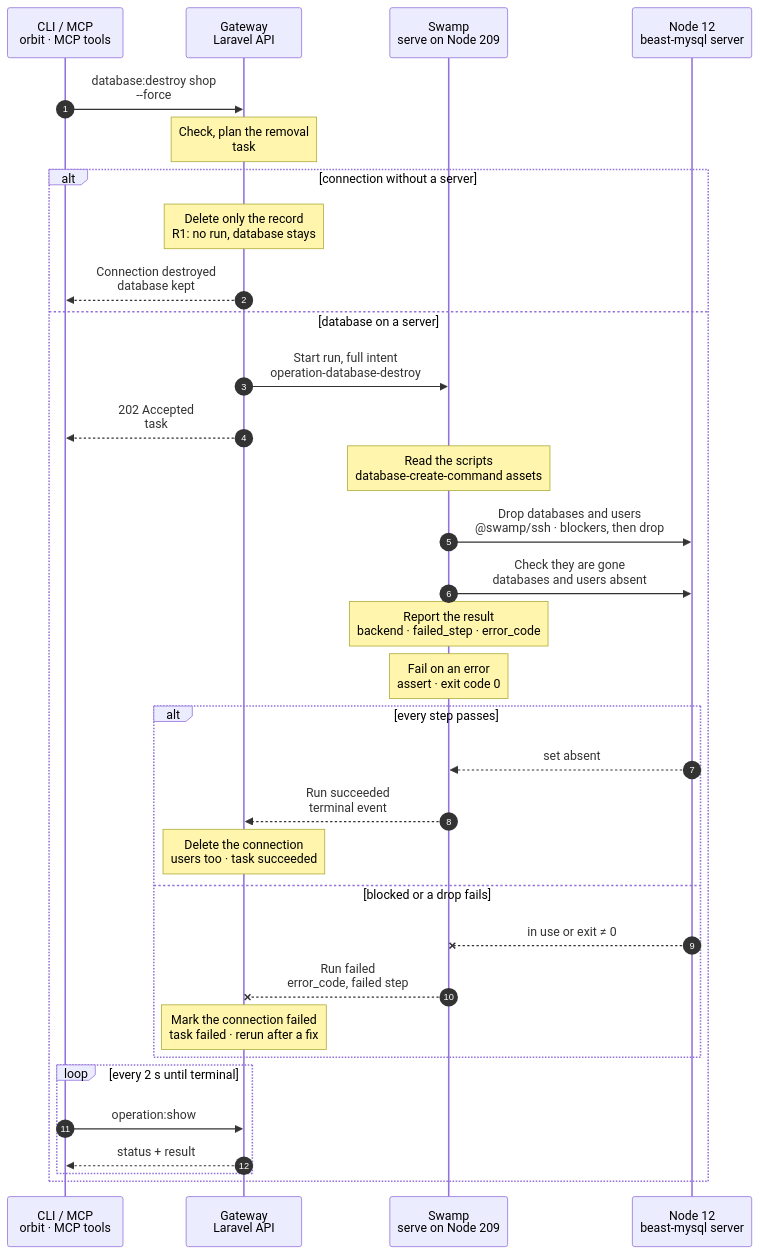
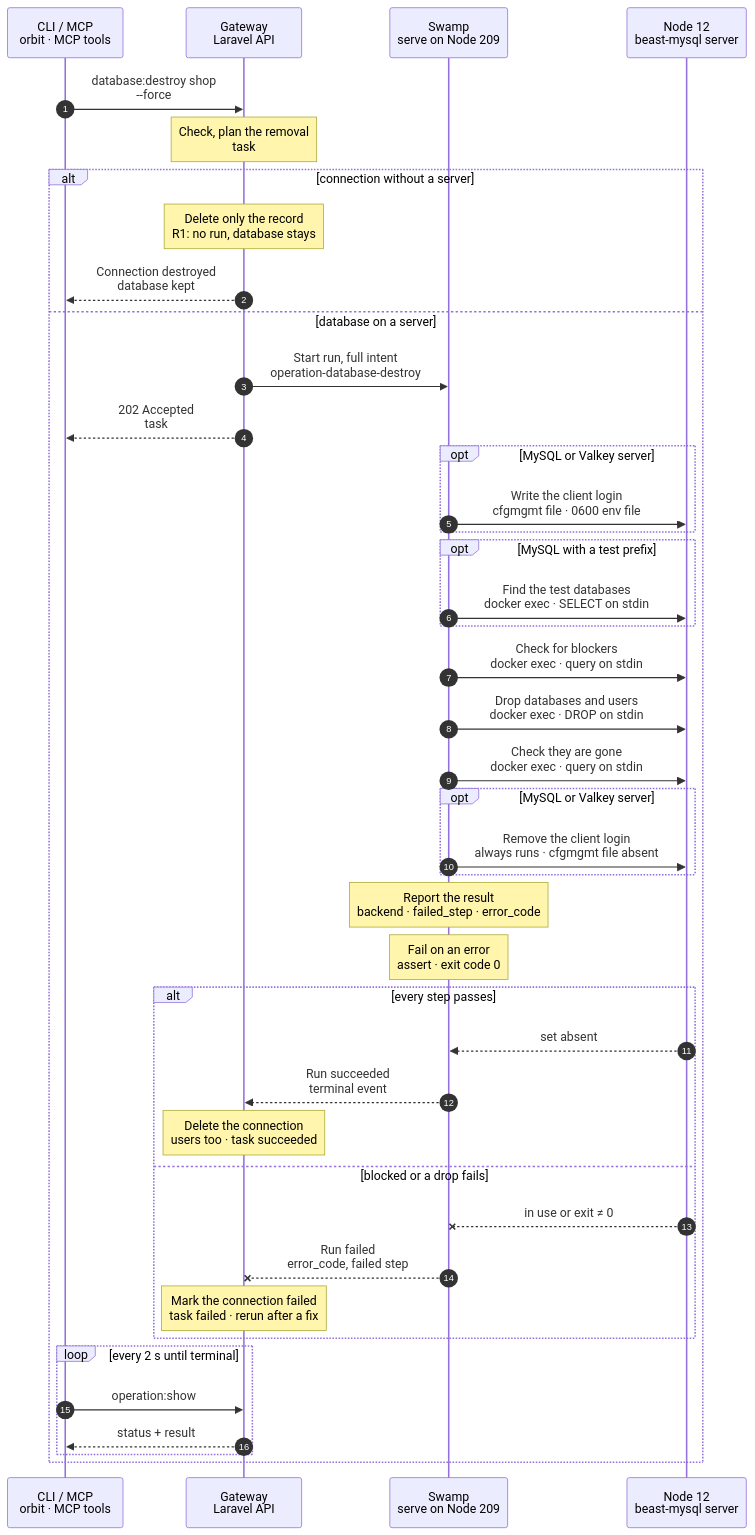
Before and after one commit to hardimpactdev/orbit: the diagram in docs/flows/database.destroy.mmd, drawn with Mermaid. The commit also changed 21 other files, not shown here.

```diff
--- a/docs/flows/database.destroy.mmd
+++ b/docs/flows/database.destroy.mmd
@@ -1,128 +1,147 @@
 sequenceDiagram
-  %% Target design: ADR 0244 task, DECISIONS R1-R4, 5 (swamp role SSH identity), round 2 bugs (server admin password by its own vault key), flow-tighten (rules 6, 22: no ownership probe or fence, scripts in argv). docs/reference/database-servers.md#remove-a-database.
+  %% Target design: ADR 0244 task, DECISIONS R1-R4, 5 (swamp role SSH identity), round 2 bugs (server admin password by its own vault key), flow-tighten (rule 22: no ownership probe or fence), script audit Q-DBAUTH (one docker exec per action, statement on stdin) and Q-SECRET (login file via cfgmgmt file). docs/reference/database-servers.md#remove-a-database.
   %% status: draft
   %% command: database:destroy
   autonumber
   %% lane CLI icon=terminal pill=caller tone=gray
   %% lane GW icon=gateway pill=intent tone=blue
   %% lane SW icon=workflow pill=executes tone=green
   %% lane N icon=server pill=target tone=amber
   participant CLI as CLI / MCP<br/>orbit · MCP tools
   participant GW as Gateway<br/>Laravel API
   participant SW as Swamp<br/>serve on Node 209
   participant N as Node 12<br/>beast-mysql server
   CLI->>GW: database:destroy shop<br/>--force
   %%> Command:
   %%> - `orbit database:destroy shop --force`
   %%> - syntax: `<slug> [--force] [--idempotency-key=KEY]`
   %%> Input:
   %%> - the connection slug, as `database:list` shows it
   %%> Confirmation:
   %%> - without `--force`, the CLI asks first; the default is No
   %%> - with `--json` or without a terminal, `--force` is required (`database.confirmation_required`)
   Note over GW: Check, plan the removal<br/>task #5124 · lock beast-mysql
   %%> Requirements:
   %%> - your Node has an access grant to Node 12
   %%> - no Instance attaches `shop` (`database.connection_attached`); detach with `instance:database:remove` first
   %%> - AI router setup and Analytics do not use it
   %%> - no database creation or other removal runs on `beast-mysql`; the Gateway holds one lock per Database server
   %%> Plans:
   %%> - the databases: `shop`, its test database and, on PostgreSQL, the recorded test pool
   %%> - the users Orbit created for `shop` that no other connection on the server uses
   %%> - system databases such as `mysql` or `postgres` are refused before any run
   %%> Decides:
   %%> - whether only the record goes, or the database must leave the server
   alt connection without a server
     Note over GW: Delete only the record<br/>R1: no run, database stays
     %%> When:
     %%> - a registered external database or SQLite file, or a Valkey connection that logs in as `default`
     %%> Result:
     %%> - connection `shop` is deleted
     %%> - the database itself stays where it is; Orbit never created it
     %%> - no Swamp run starts (R1)
     GW-->>CLI: Connection destroyed<br/>database kept
     %%> What you get:
     %%> - the final result at once; there is nothing to follow
   else database on a server
     GW->>SW: Start run, full intent<br/>operation-database-destroy
     %%> What it does:
     %%> - starts one Swamp run on serve (Node 209)
     %%> Inputs:
     %%> - the planned databases, test prefix, test pool and unshared users
     %%> - the vault key name `database-server-3-admin`; the admin password itself never enters the intent
     %%> - Node 12's address and SSH host keys; the SSH identity comes from the `swamp` role
     GW-->>CLI: 202 Accepted<br/>task #5124
     %%> What you get:
     %%> - the task number, at once
     %%> Next:
     %%> - the CLI follows the task with `operation:show`
-    Note over SW: Read the scripts<br/>database-create-command assets
+    opt MySQL or Valkey server
+      SW->>N: Write the client login<br/>cfgmgmt file · 0600 env file
+      %%> What it does:
+      %%> - writes the server's admin login, from its vault key `database-server-3-client-env`, to a root-only 0600 file
+      %%> Why:
+      %%> - `docker exec --env-file` hands it to the client; it never enters argv, stdin or a statement
+      %%> Not included:
+      %%> - PostgreSQL uses local trust inside the container and needs no login
+    end
+    opt MySQL with a test prefix
+      SW->>N: Find the test databases<br/>docker exec · SELECT on stdin
+      %%> What it does:
+      %%> - lists the databases under the recorded test prefix, plain names only
+    end
+    SW->>N: Check for blockers<br/>docker exec · query on stdin
+    %%> How:
+    %%> - one `docker exec -i` with the statement the Gateway rendered at admission on standard input
     %%> What it does:
-    %%> - reads the shipped destroy phase module and its library on 209, to send them over SSH in argv
-    %%> - nothing is copied to Node 12, so nothing is left to clean up
-    SW->>N: Drop databases and users<br/>@swamp/ssh · blockers, then drop
-    %%> How:
-    %%> - Swamp reaches Node 12 over SSH from 209 with the official `@swamp/ssh` behavior and the `swamp` role's SSH identity
-    %%> - the script reads the admin password from the server's own vault key `database-server-3-admin` on standard input
-    %%> What it does, in order:
-    %%> - on MySQL, finds the test databases under the recorded test prefix
-    %%> - checks the whole set for blockers before the first drop
-    %%> - drops each planned database, then each planned user; a missing one counts as removed
+    %%> - checks the whole set before the first drop; any row is a blocker
     %%> Blocks:
     %%> - PostgreSQL: sessions, replication slots, prepared transactions, subscriptions, outside dependencies of a removed role
     %%> - MySQL: connected clients, metadata locks, outside definers, cross-schema foreign keys
     %%> Refuses:
     %%> - any blocker gives `database.in_use`; nothing is dropped
+    %%> Not included:
+    %%> - Valkey has no databases and skips this check
+    SW->>N: Drop databases and users<br/>docker exec · DROP on stdin
+    %%> What it does:
+    %%> - drops each planned database and each unshared user; a missing one counts as removed
     %%> Per driver:
-    %%> - Valkey: no database; `ACL DELUSER` for each user, then `ACL SAVE`; the user's keys stay
+    %%> - Valkey: `ACL DELUSER` for each user, then `ACL SAVE`; the user's keys stay
     %%> Not included:
     %%> - no ownership probe and no connection fence (flow-tighten rule 22); a client that connects between the check and the drop is cut off
-    SW->>N: Check they are gone<br/>databases and users absent
+    SW->>N: Check they are gone<br/>docker exec · query on stdin
     %%> What it does:
     %%> - checks that no planned database or user is left on the server
     %%> Why:
     %%> - the removal only counts when the server shows it
+    opt MySQL or Valkey server
+      SW->>N: Remove the client login<br/>always runs · cfgmgmt file absent
+      %%> When:
+      %%> - always, as the last Node step, whether the steps above passed or failed
+      %%> What it does:
+      %%> - removes the 0600 login file from Node 12
+    end
     Note over SW: Report the result<br/>backend · failed_step · error_code
     %%> What it does:
     %%> - maps the first failed step to its error code, for example `database.in_use`
     Note over SW: Fail on an error<br/>assert · exit code 0
     %%> What it does:
     %%> - fails the run when the report holds an `error_code`, so the task fails with that code
     alt every step passes
       N-->>SW: set absent
       %%> Returns:
       %%> - the check passed for every database and user
       SW-->>GW: Run succeeded<br/>terminal event
       %%> How the Gateway learns it:
       %%> - its shared run reader sees the terminal event; Swamp never calls the Gateway
       Note over GW: Delete the connection<br/>users too · task succeeded
       %%> Result:
       %%> - connection `shop` and its recorded users are deleted
       %%> - task #5124 succeeds
     else blocked or a drop fails
       N--xSW: in use or exit ≠ 0
       %%> When:
       %%> - a blocker, an ownership refusal, a failed drop, or a lost SSH connection
       SW--xGW: Run failed<br/>error_code, failed step
       %%> The Gateway reads:
       %%> - which step failed and its error code, for example `database.in_use`
       Note over GW: Mark the connection failed<br/>task failed · rerun after a fix
       %%> Result:
       %%> - connection `shop` stays, marked failed, with its users and attachments
       %%> - task #5124 fails
       %%> On the Node:
       %%> - after a blocker, nothing was dropped
       %%> - after a failed drop, the dropped objects stay gone; there is no rollback
       %%> Retry:
       %%> - stop the clients or remove the blockers, then run the same command again
       %%> - a rerun repeats the checks and counts missing objects as removed
     end
     loop every 2 s until terminal
       CLI->>GW: operation:show #5124
       %%> What it does:
       %%> - asks for the task's status every 2 seconds until it has ended
       GW-->>CLI: status + result
       %%> Returns:
       %%> - the current status, and the result once the task has ended
     end
   end
```
